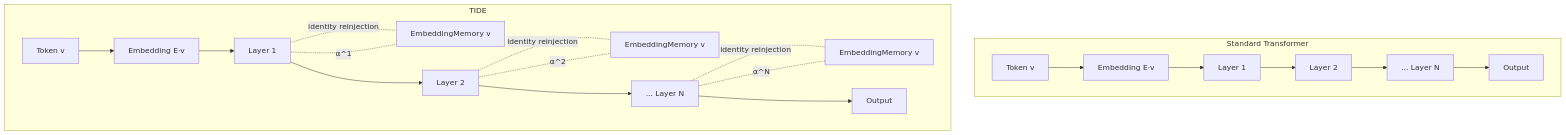
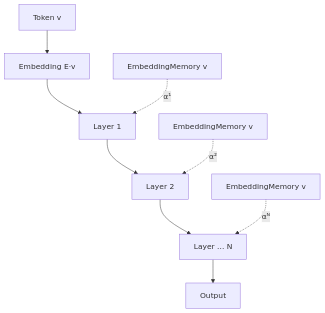
One commit to pheeree/pheeree.github.io changed the second of 2 diagrams in _posts/2026-05-13-tide-token-identity-layer-reinjection.md. Above: the diagram before and after it, drawn with Mermaid. The commit also changed other lines of this file and 6 other files, not shown here.

First line of the commit message:
layout: 5월 발행물 다이어그램·수식 가독성 정돈

````diff
--- a/_posts/2026-05-13-tide-token-identity-layer-reinjection.md
+++ b/_posts/2026-05-13-tide-token-identity-layer-reinjection.md
@@ -46,22 +57,11 @@
 ```mermaid
 flowchart TB
-    subgraph "Standard Transformer"
-        T1[Token v] --> E1[Embedding E·v]
-        E1 --> L1[Layer 1] --> L2[Layer 2] --> L3[... Layer N]
-        L3 --> O1[Output]
-    end
-
-    subgraph "TIDE"
-        T2[Token v] --> E2[Embedding E·v]
-        E2 --> TL1[Layer 1]
-        TL1 -.identity reinjection.- M1[EmbeddingMemory v]
-        M1 -.α^1.- TL1
-        TL1 --> TL2[Layer 2]
-        TL2 -.identity reinjection.- M2[EmbeddingMemory v]
-        M2 -.α^2.- TL2
-        TL2 --> TL3[... Layer N]
-        TL3 -.identity reinjection.- M3[EmbeddingMemory v]
-        M3 -.α^N.- TL3
-        TL3 --> O2[Output]
-    end
+    T2[Token v] --> E2[Embedding E·v]
+    E2 --> TL1[Layer 1]
+    M1[EmbeddingMemory v] -.α¹.-> TL1
+    TL1 --> TL2[Layer 2]
+    M2[EmbeddingMemory v] -.α².-> TL2
+    TL2 --> TL3[Layer ... N]
+    M3[EmbeddingMemory v] -.αᴺ.-> TL3
+    TL3 --> O2[Output]
 ```
````
